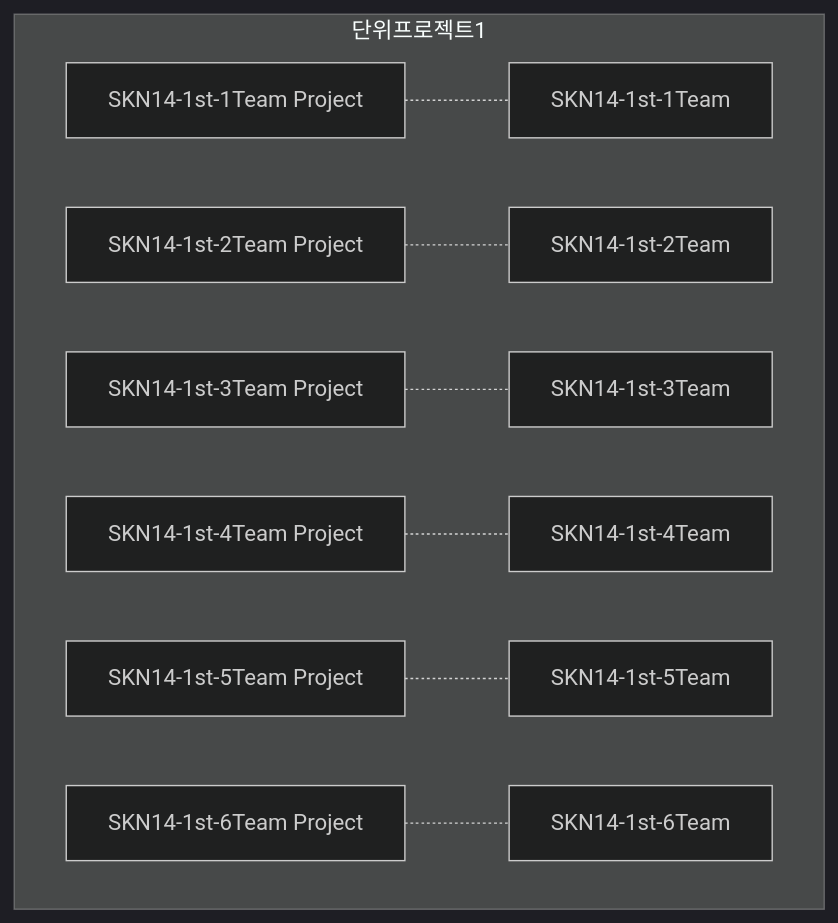
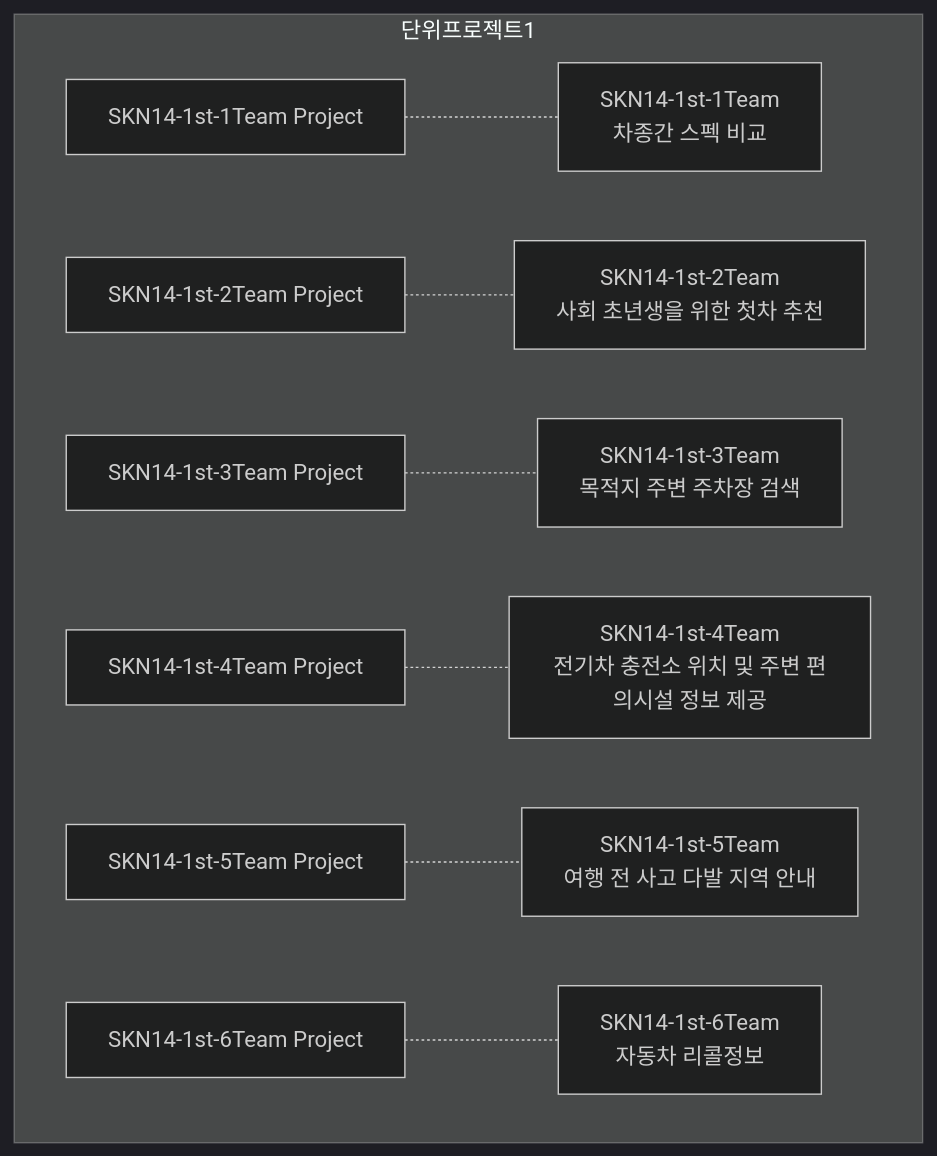
One commit to skn-ai14-250409/.github changed the second of 3 diagrams in profile/README.md. Above: the diagram before and after it, drawn with Mermaid (dark theme). The commit also changed other lines of this file, not shown here.

````diff
--- a/profile/README.md
+++ b/profile/README.md
@@ -38,44 +38,44 @@
 ```mermaid
 graph TD
     
     subgraph 단위프로젝트1
         A1[SKN14-1st-1Team Project]
         A2[SKN14-1st-2Team Project]
         A3[SKN14-1st-3Team Project]
         A4[SKN14-1st-4Team Project]
         A5[SKN14-1st-5Team Project]
         A6[SKN14-1st-6Team Project]
 
         %% B1["SKN14-1st-1Team<br><sub>세부내용</sub>"]
-        B1[SKN14-1st-1Team]
-        B2[SKN14-1st-2Team]
-        B3[SKN14-1st-3Team]
-        B4[SKN14-1st-4Team]
-        B5[SKN14-1st-5Team]
-        B6[SKN14-1st-6Team]
+        B1[SKN14-1st-1Team<br>차종간 스펙 비교]
+        B2[SKN14-1st-2Team<br>사회 초년생을 위한 첫차 추천]
+        B3[SKN14-1st-3Team<br>목적지 주변 주차장 검색]
+        B4[SKN14-1st-4Team<br>전기차 충전소 위치 및 주변 편의시설 정보 제공]
+        B5[SKN14-1st-5Team<br>여행 전 사고 다발 지역 안내]
+        B6[SKN14-1st-6Team<br>자동차 리콜정보]
 
         A1 -.- B1
         A2 -.- B2
         A3 -.- B3
         A4 -.- B4
         A5 -.- B5
         A6 -.- B6
 
             
 
     end
     click A1 "https://github.com/orgs/skn-ai14-250409/projects/5" "SKN14-1st-1Team"
     click A2 "https://github.com/orgs/skn-ai14-250409/projects/7" "SKN14-1st-2Team"
     click A3 "https://github.com/orgs/skn-ai14-250409/projects/8" "SKN14-1st-3Team"
     click A4 "https://github.com/orgs/skn-ai14-250409/projects/9" "SKN14-1st-4Team"
     click A5 "https://github.com/orgs/skn-ai14-250409/projects/10" "SKN14-1st-5Team"
     click A6 "https://github.com/orgs/skn-ai14-250409/projects/11" "SKN14-1st-6Team"
 
     click B1 "https://github.com/skn-ai14-250409/SKN14-1st-1Team" "SKN14-1st-1Team"
     click B2 "https://github.com/skn-ai14-250409/SKN14-1st-2Team" "SKN14-1st-2Team"
     click B3 "https://github.com/skn-ai14-250409/SKN14-1st-3Team" "SKN14-1st-3Team"
     click B4 "https://github.com/skn-ai14-250409/SKN14-1st-4Team" "SKN14-1st-4Team"
     click B5 "https://github.com/skn-ai14-250409/SKN14-1st-5Team" "SKN14-1st-5Team"
     click B6 "https://github.com/skn-ai14-250409/SKN14-1st-6Team" "SKN14-1st-6Team"
 
 ```
````
